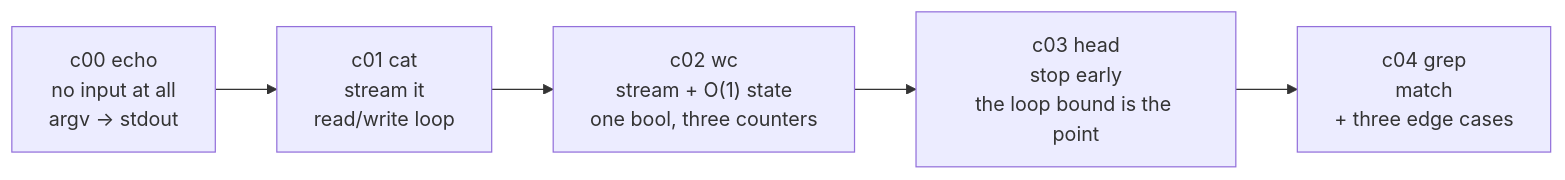
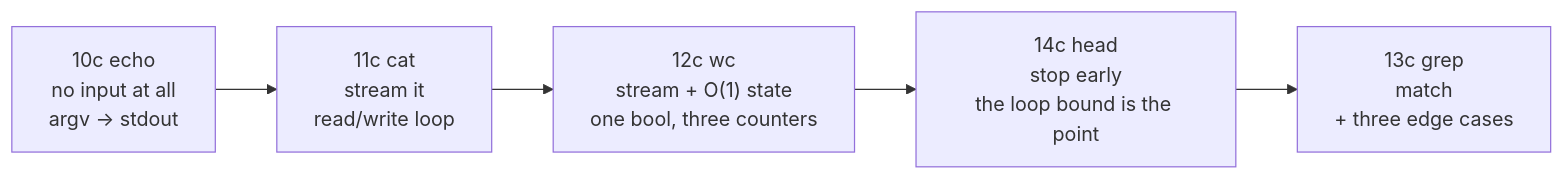
The second of 2 diagrams in docs/lectures/04-cs326-2026-09-15-buffers-bytes-and-line-oriented-io.md (USF-CS326-F26/USF-CS326-F26.github.io), drawn with Mermaid before and after one commit. The commit also changed other lines of this file and 73 other files, not shown here.

````diff
--- a/docs/lectures/04-cs326-2026-09-15-buffers-bytes-and-line-oriented-io.md
+++ b/docs/lectures/04-cs326-2026-09-15-buffers-bytes-and-line-oriented-io.md
@@ -284,7 +284,7 @@
 ```mermaid
 flowchart LR
-    A["c00 echo\nno input at all\nargv &rarr; stdout"] --> B["c01 cat\nstream it\nread/write loop"]
-    B --> C["c02 wc\nstream + O(1) state\none bool, three counters"]
-    C --> D["c03 head\nstop early\nthe loop bound is the point"]
-    D --> E["c04 grep\nmatch\n+ three edge cases"]
+    A["10c echo\nno input at all\nargv &rarr; stdout"] --> B["11c cat\nstream it\nread/write loop"]
+    B --> C["12c wc\nstream + O(1) state\none bool, three counters"]
+    C --> D["14c head\nstop early\nthe loop bound is the point"]
+    D --> E["13c grep\nmatch\n+ three edge cases"]
 ```
````
